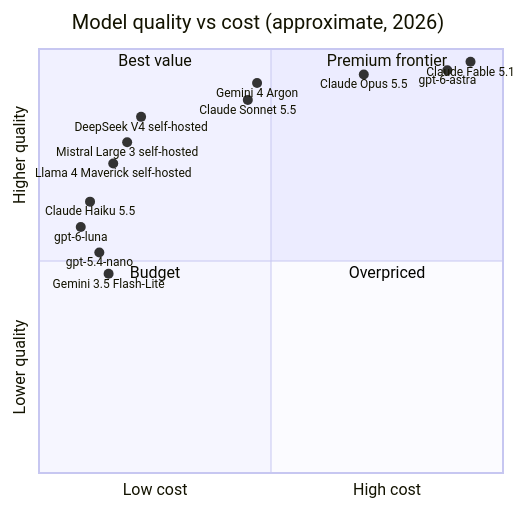
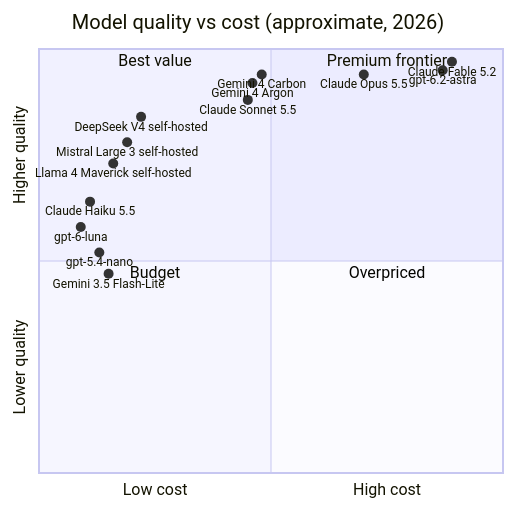
One commit to rppol/system-design changed the first of 4 diagrams in src/main/java/com/rutik/systemdesign/llm/llm_ecosystem_and_landscape/llm_ecosystem_and_landscape.md. Above: the diagram before and after it, drawn with Mermaid. The commit also changed other lines of this file and 70 other files, not shown here.

````diff
--- a/src/main/java/com/rutik/systemdesign/llm/llm_ecosystem_and_landscape/llm_ecosystem_and_landscape.md
+++ b/src/main/java/com/rutik/systemdesign/llm/llm_ecosystem_and_landscape/llm_ecosystem_and_landscape.md
@@ -280,22 +302,23 @@
 ```mermaid
 quadrantChart
     title Model quality vs cost (approximate, 2026)
     x-axis Low cost --> High cost
     y-axis Lower quality --> Higher quality
     quadrant-1 Premium frontier
     quadrant-2 Best value
     quadrant-3 Budget
     quadrant-4 Overpriced
-    "Claude Fable 5.1": [0.93, 0.97]
-    "gpt-6-astra": [0.88, 0.95]
+    "Claude Fable 5.2": [0.89, 0.97]
+    "gpt-6.2-astra": [0.87, 0.95]
     "Claude Opus 5.5": [0.70, 0.94]
-    "Gemini 4 Argon": [0.47, 0.92]
+    "Gemini 4 Carbon": [0.48, 0.94]
+    "Gemini 4 Argon": [0.46, 0.92]
     "Claude Sonnet 5.5": [0.45, 0.88]
     "DeepSeek V4 self-hosted": [0.22, 0.84]
     "Mistral Large 3 self-hosted": [0.19, 0.78]
     "Llama 4 Maverick self-hosted": [0.16, 0.73]
     "Claude Haiku 5.5": [0.11, 0.64]
     "gpt-6-luna": [0.09, 0.58]
     "gpt-5.4-nano": [0.13, 0.52]
     "Gemini 3.5 Flash-Lite": [0.15, 0.47]
 ```
````
